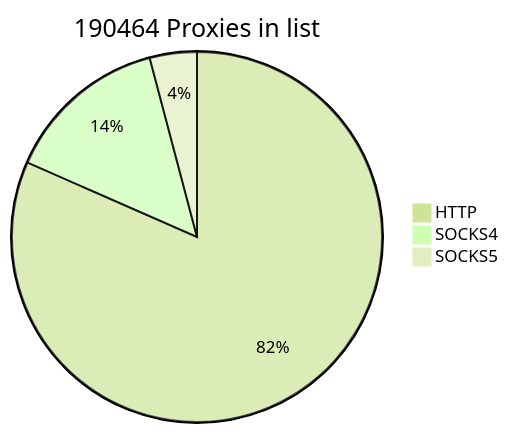
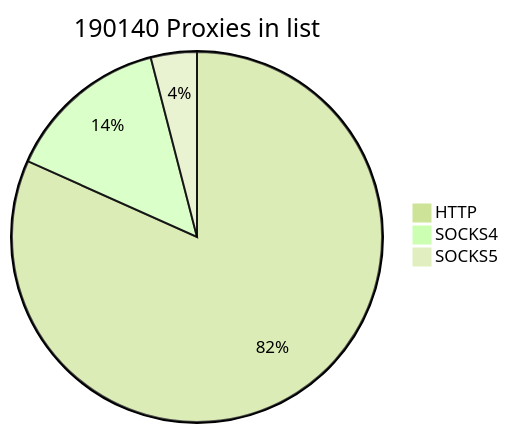
The first of 2 diagrams in README.md (cutipu/proxylist), drawn with Mermaid (forest theme) before and after one commit. The commit also changed other lines of this file, not shown here.

````diff
--- a/README.md
+++ b/README.md
@@ -2,7 +2,7 @@
 ```mermaid
-pie title 190464 Proxies in list
-    "HTTP" : 155394
-    "SOCKS4" : 27237
-    "SOCKS5" : 7833
+pie title 190140 Proxies in list
+    "HTTP" : 155360
+    "SOCKS4" : 27139
+    "SOCKS5" : 7641
             
 ```
````
